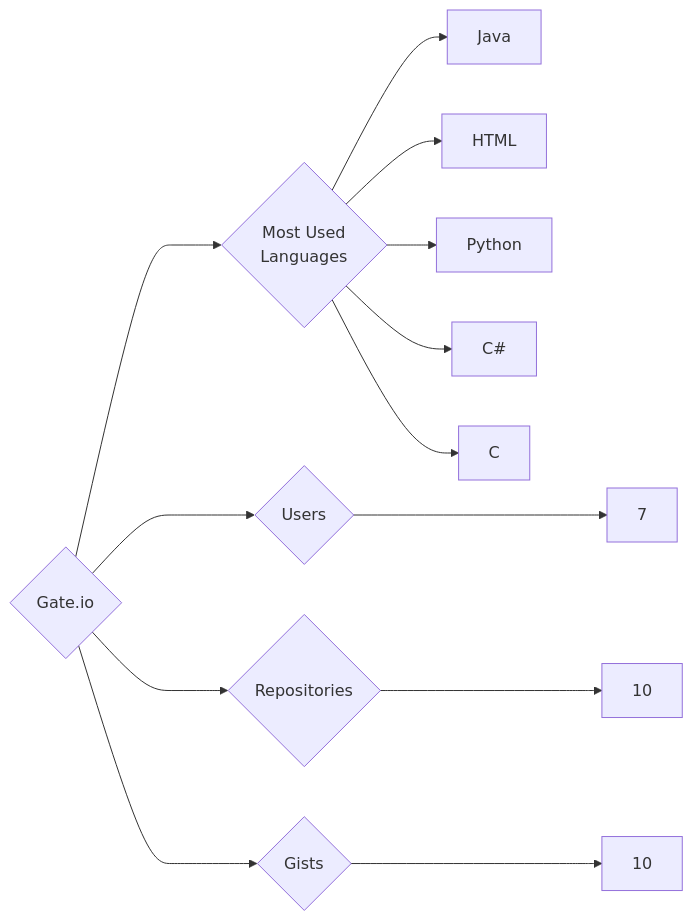
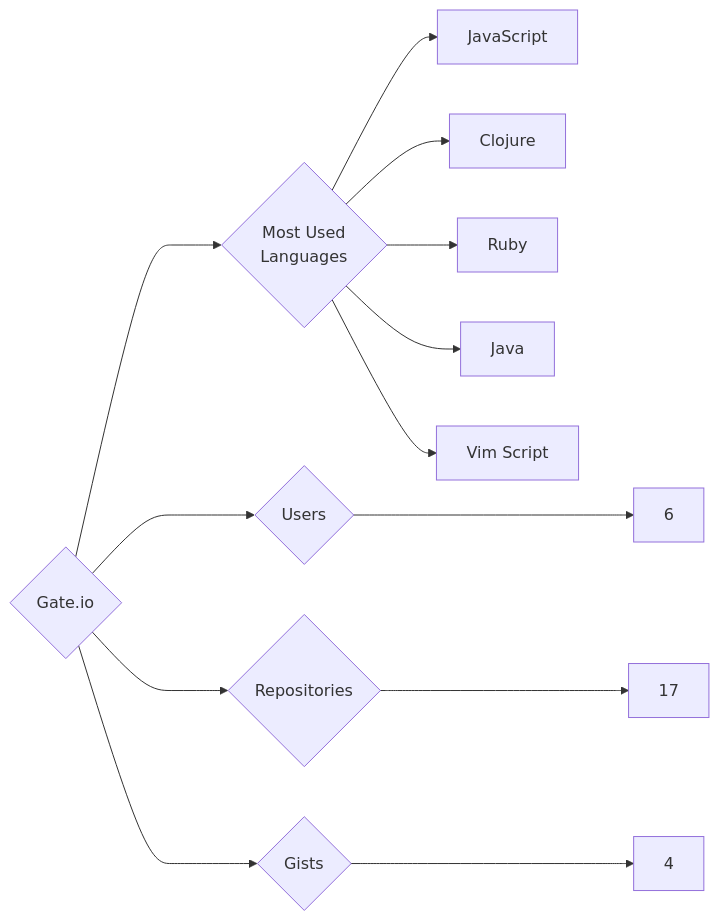
Before and after one commit to trickest/insiders: the diagram in targets/Gate.io/README.md, drawn with Mermaid. The commit also changed 1089 other files, not shown here.

````diff
--- a/targets/Gate.io/README.md
+++ b/targets/Gate.io/README.md
@@ -3,13 +3,13 @@
 ```mermaid
 graph LR
 COMPANY_NAME{Gate.io}
-COMPANY_NAME ---> U{Users} ---> UN[7]
-COMPANY_NAME ---> R{Repositories} ---> RN[10]
-COMPANY_NAME ---> G{Gists} ---> GN[10]
+COMPANY_NAME ---> U{Users} ---> UN[6]
+COMPANY_NAME ---> R{Repositories} ---> RN[17]
+COMPANY_NAME ---> G{Gists} ---> GN[4]
 COMPANY_NAME ---> ML{Most Used<br>Languages}
+ML --> JavaScript[JavaScript]
+ML --> Clojure[Clojure]
+ML --> Ruby[Ruby]
 ML --> Java[Java]
-ML --> HTML[HTML]
-ML --> Python[Python]
-ML --> C#[C#]
-ML --> C[C]
+ML --> Vim_Script[Vim Script]
 ```
````
